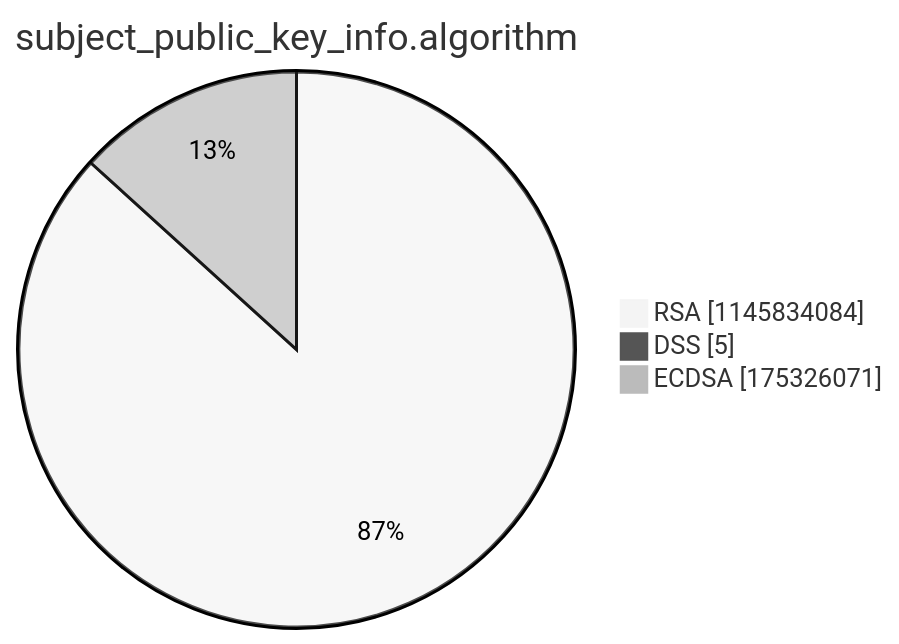
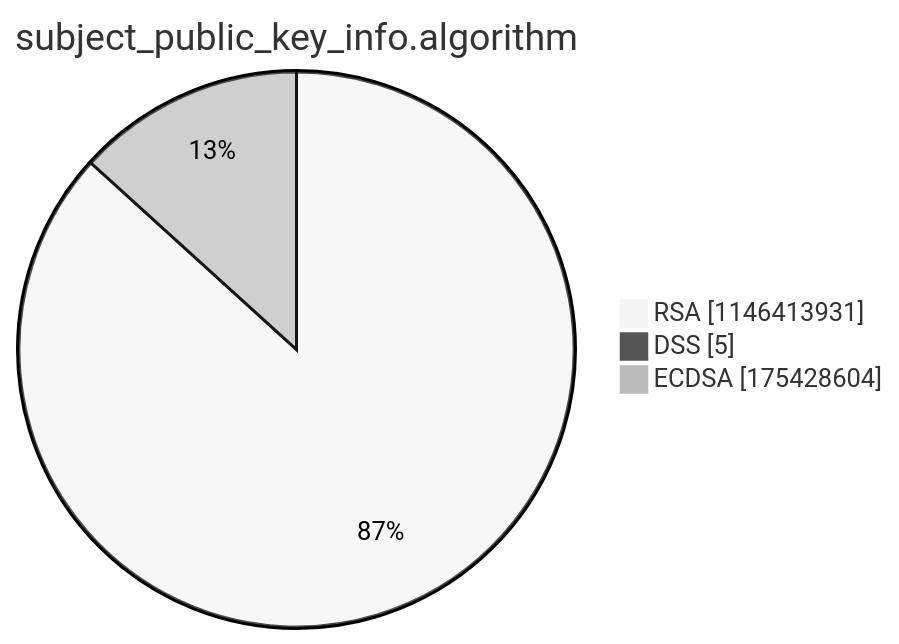
One commit to christiankrug/ctmonitor_visualization changed the third of 15 diagrams in argon2022/README.md. Above: the diagram before and after it, drawn with Mermaid (neutral theme). The commit also changed other lines of this file, not shown here.

````diff
--- a/argon2022/README.md
+++ b/argon2022/README.md
@@ -14,7 +14,7 @@
 ```mermaid
 pie showData
 title subject_public_key_info.algorithm
-"RSA" :1145834084
+"RSA" :1146413931
 "DSS" :5
-"ECDSA" :175326071
+"ECDSA" :175428604
 ```
````
